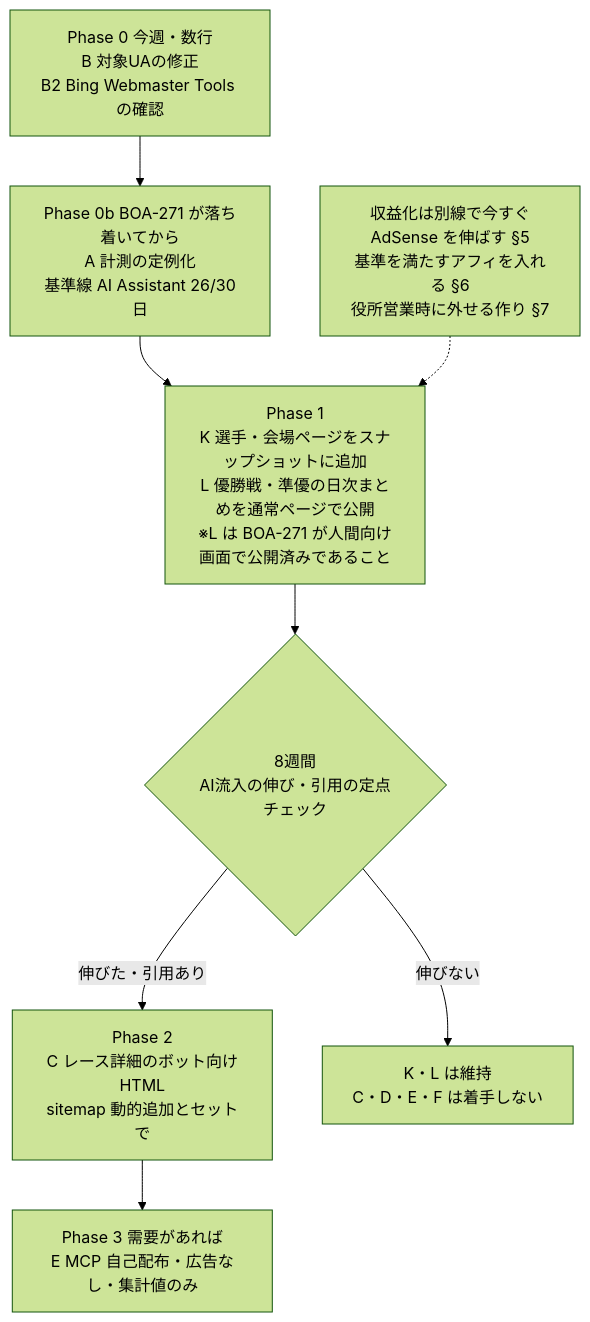
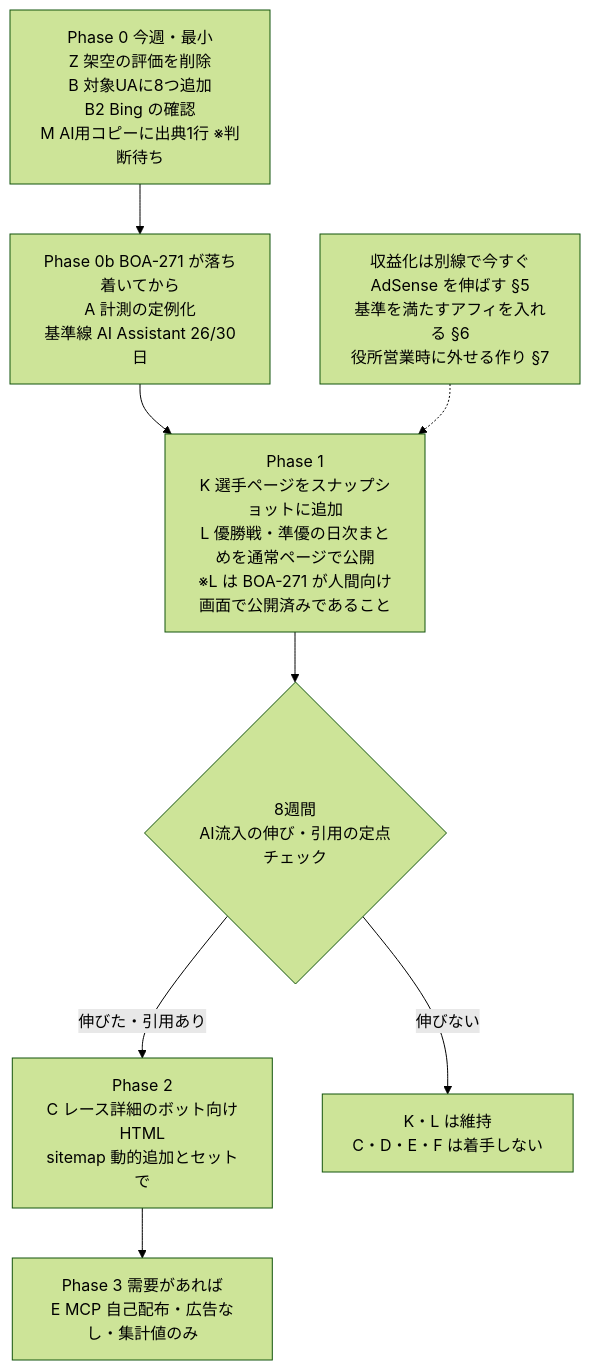
Before and after one commit to rhapsody0919/boatrace-ai-predictor: the second of 2 diagrams in docs/proposal/ai-agent-era-strategy.md, drawn with Mermaid (forest theme). The commit also changed other lines of this file, not shown here.

````diff
--- a/docs/proposal/ai-agent-era-strategy.md
+++ b/docs/proposal/ai-agent-era-strategy.md
@@ -89,10 +93,10 @@
 ```mermaid
 flowchart TD
-  P0[Phase 0 今週・数行<br/>B 対象UAの修正<br/>B2 Bing Webmaster Tools の確認] --> P0b[Phase 0b BOA-271 が落ち着いてから<br/>A 計測の定例化<br/>基準線 AI Assistant 26/30日]
-  P0b --> P1[Phase 1<br/>K 選手・会場ページをスナップショットに追加<br/>L 優勝戦・準優の日次まとめを通常ページで公開<br/>※L は BOA-271 が人間向け画面で公開済みであること]
+  P0[Phase 0 今週・最小<br/>Z 架空の評価を削除<br/>B 対象UAに8つ追加<br/>B2 Bing の確認<br/>M AI用コピーに出典1行 ※判断待ち] --> P0b[Phase 0b BOA-271 が落ち着いてから<br/>A 計測の定例化<br/>基準線 AI Assistant 26/30日]
+  P0b --> P1[Phase 1<br/>K 選手ページをスナップショットに追加<br/>L 優勝戦・準優の日次まとめを通常ページで公開<br/>※L は BOA-271 が人間向け画面で公開済みであること]
   P1 --> W1{8週間<br/>AI流入の伸び・引用の定点チェック}
   W1 -->|伸びた・引用あり| P2[Phase 2<br/>C レース詳細のボット向けHTML<br/>sitemap 動的追加とセットで]
   W1 -->|伸びない| S[K・L は維持<br/>C・D・E・F は着手しない]
   P2 --> P3[Phase 3 需要があれば<br/>E MCP 自己配布・広告なし・集計値のみ]
   R[収益化は別線で今すぐ<br/>AdSense を伸ばす §5<br/>基準を満たすアフィを入れる §6<br/>役所営業時に外せる作り §7] -.-> P1
 ```
````
